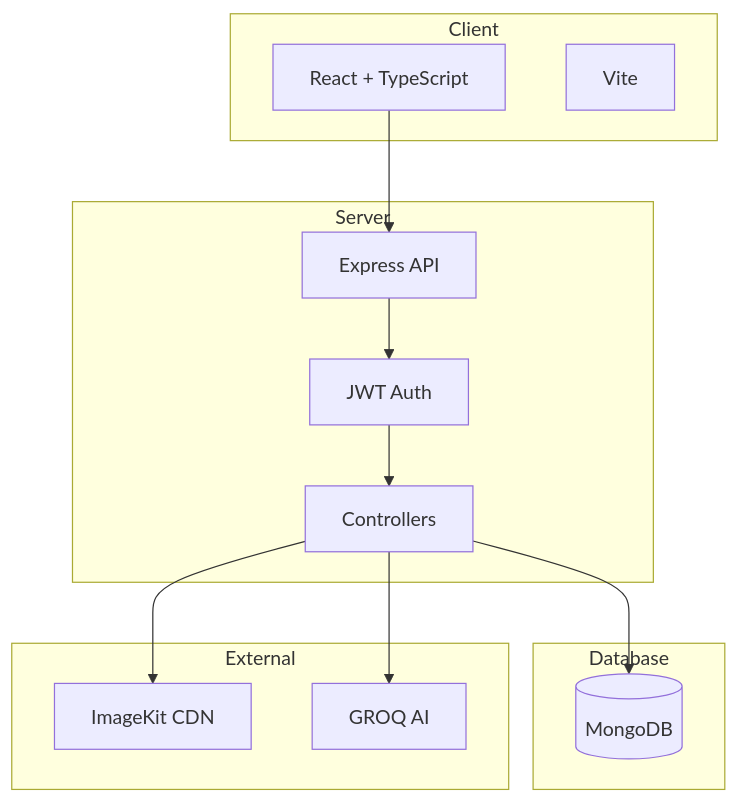
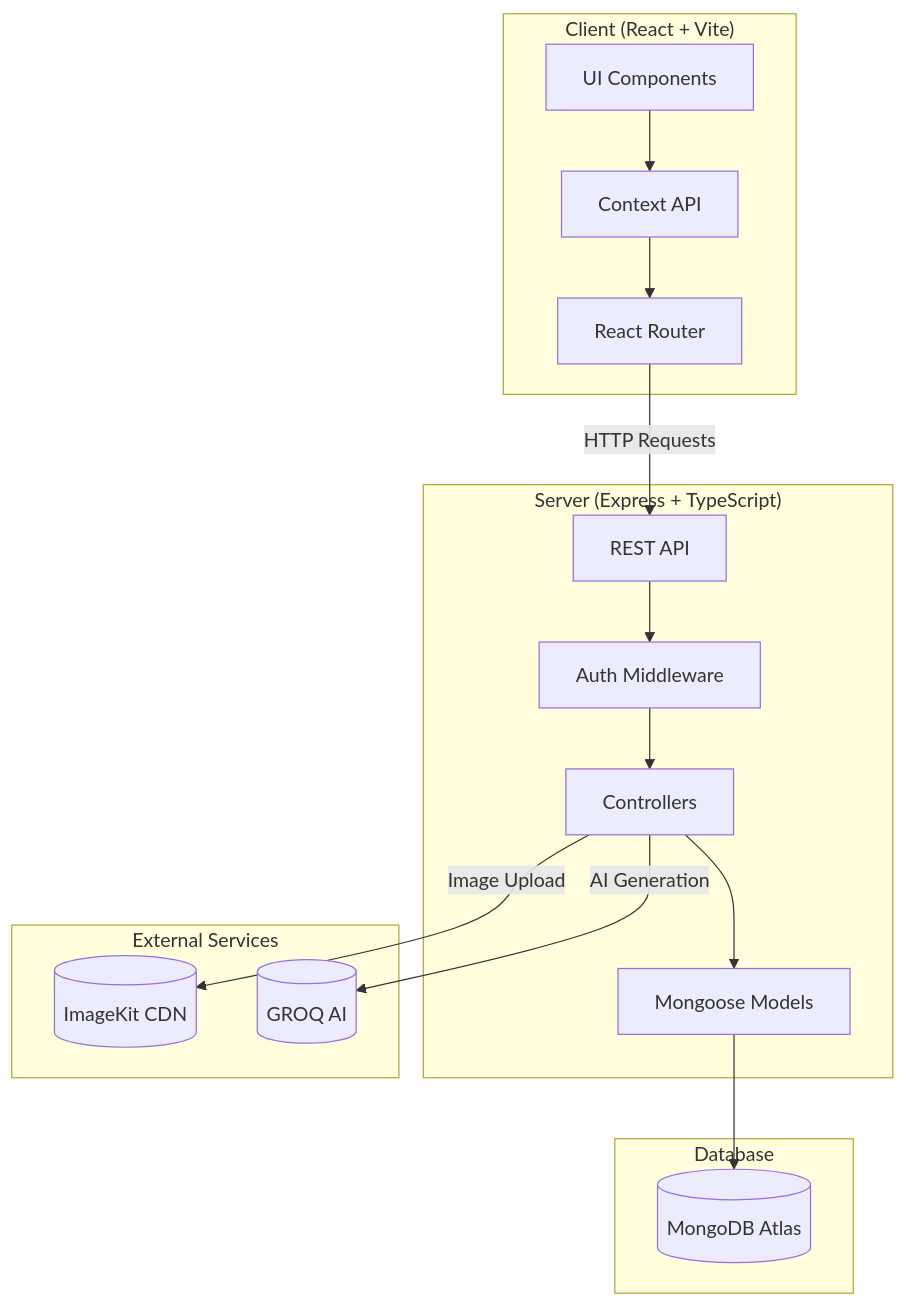
The first of 8 diagrams in README.md (VIKRAMANR7/VikramanBlog), drawn with Mermaid before and after one commit. The commit also changed other lines of this file and 2 other files, not shown here.

Commit message:
refactored readme and other components

````diff
--- a/README.md
+++ b/README.md
@@ -29,29 +55,34 @@
 ```mermaid
 flowchart TB
-    subgraph Client
-        React[React + TypeScript]
-        Vite[Vite]
+    subgraph Client["Client (React + Vite)"]
+        UI[UI Components]
+        Context[Context API]
+        Router[React Router]
     end
 
-    subgraph Server
-        Express[Express API]
-        Auth[JWT Auth]
+    subgraph Server["Server (Express + TypeScript)"]
+        API[REST API]
+        AuthMW[Auth Middleware]
         Controllers[Controllers]
+        Models[Mongoose Models]
     end
 
-    subgraph Database
-        MongoDB[(MongoDB)]
+    subgraph External["External Services"]
+        ImageKit[(ImageKit CDN)]
+        GROQ[(GROQ AI)]
     end
 
-    subgraph External
-        ImageKit[ImageKit CDN]
-        GROQ[GROQ AI]
+    subgraph Database["Database"]
+        MongoDB[(MongoDB Atlas)]
     end
 
-    React --> Express
-    Express --> Auth
-    Auth --> Controllers
-    Controllers --> MongoDB
-    Controllers --> ImageKit
-    Controllers --> GROQ
+    UI --> Context
+    Context --> Router
+    Router -->|HTTP Requests| API
+    API --> AuthMW
+    AuthMW --> Controllers
+    Controllers --> Models
+    Models --> MongoDB
+    Controllers -->|Image Upload| ImageKit
+    Controllers -->|AI Generation| GROQ
 ```
````
